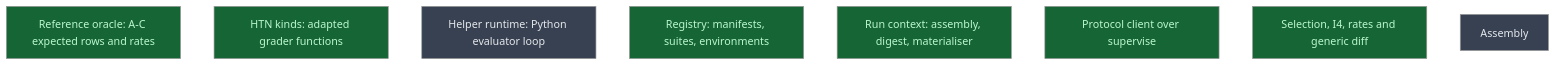
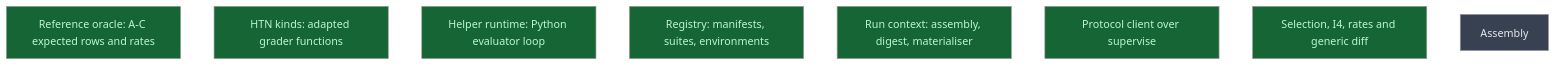
The diagram in __roadmap__/m2a-evaluation-parity/components/README.md (CrackingShells/Candler), drawn with Mermaid (neutral theme) before and after one commit. The commit also changed other lines of this file and 2 other files, not shown here.

Commit message:
rdm(evaluation): report helper_runtime and mark it done

````diff
--- a/__roadmap__/m2a-evaluation-parity/components/README.md
+++ b/__roadmap__/m2a-evaluation-parity/components/README.md
@@ -20,16 +20,16 @@
 ```mermaid
 graph TD
     reference_oracle[Reference oracle: A-C expected rows and rates]:::done
     htn_kinds[HTN kinds: adapted grader functions]:::done
-    helper_runtime[Helper runtime: Python evaluator loop]:::planned
+    helper_runtime[Helper runtime: Python evaluator loop]:::done
     registry[Registry: manifests, suites, environments]:::done
     run_context[Run context: assembly, digest, materialiser]:::done
     protocol_client[Protocol client over supervise]:::done
     selection_rates[Selection, I4, rates and generic diff]:::done
     assembly[Assembly]:::planned
     classDef done       fill:#166534,color:#bbf7d0
     classDef inprogress fill:#854d0e,color:#fef08a
     classDef planned    fill:#374151,color:#e5e7eb
     classDef amendment  fill:#1e3a5f,color:#bfdbfe
     classDef blocked    fill:#7f1d1d,color:#fecaca
 ```
````
